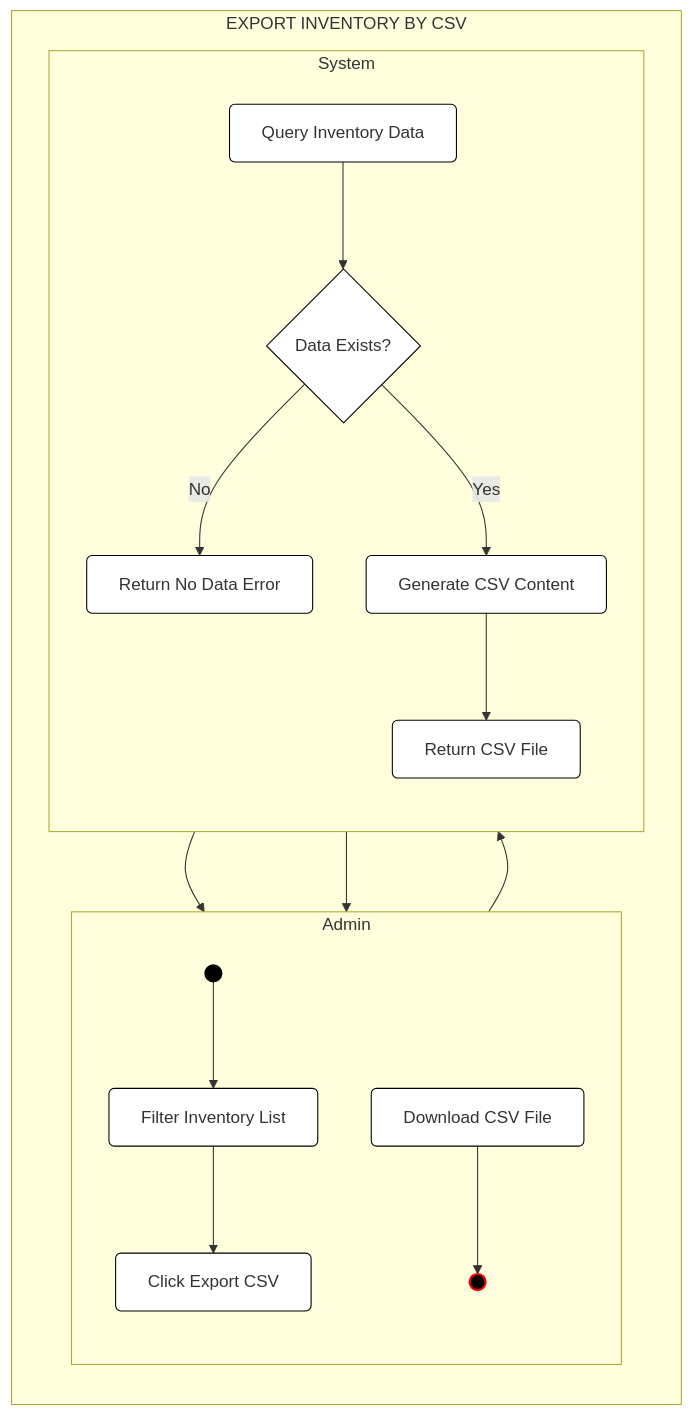
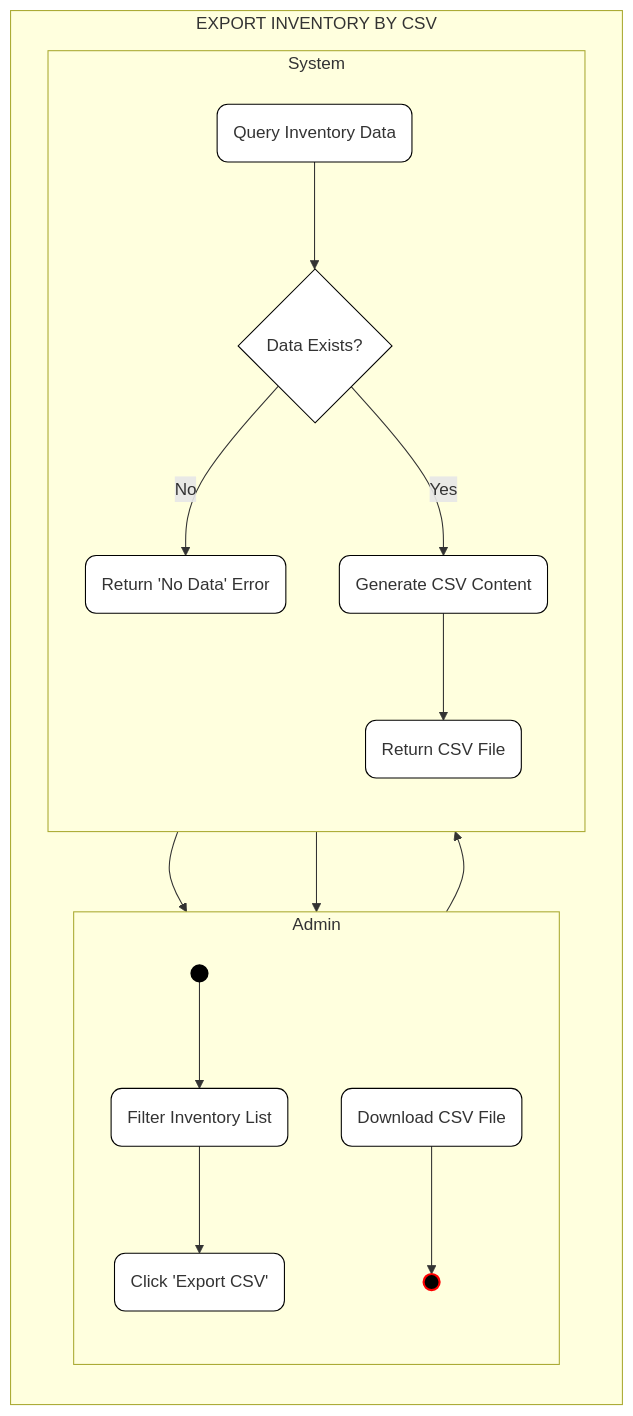
The second of 6 diagrams in UML_Activity_Diagrams.md (phuongloannn/bicycle-web-FE), drawn with Mermaid before and after one commit. The commit also changed other lines of this file, not shown here.

Commit message:
Update Activity Diagrams with rounded action nodes and improved labels matching visual style

````diff
--- a/UML_Activity_Diagrams.md
+++ b/UML_Activity_Diagrams.md
@@ -62,43 +62,43 @@
 ```mermaid
 flowchart TB
     %% Definitions
     classDef startNode fill:#000,stroke:#000,stroke-width:2px,color:#fff;
     classDef endNode fill:#000,stroke:#f00,stroke-width:2px,color:#fff;
-    classDef actionNode fill:#fff,stroke:#000,stroke-width:1px,rx:5,ry:5;
+    classDef actionNode fill:#fff,stroke:#000,stroke-width:1px,rx:10,ry:10;
     classDef decisionNode fill:#fff,stroke:#000,stroke-width:1px,shape:diamond;
 
     subgraph ExportGroup ["EXPORT INVENTORY BY CSV"]
         direction TB
 
         subgraph AdminCol2 ["Admin"]
             direction TB
             Start2(( )):::startNode
-            A2_1[Filter Inventory List]:::actionNode
-            A2_2[Click Export CSV]:::actionNode
-            A2_3[Download CSV File]:::actionNode
+            A2_1(Filter Inventory List):::actionNode
+            A2_2(Click 'Export CSV'):::actionNode
+            A2_3(Download CSV File):::actionNode
             End2(( )):::endNode
 
             Start2 --> A2_1
             A2_1 --> A2_2
         end
 
         subgraph SystemCol2 ["System"]
             direction TB
-            S2_1[Query Inventory Data]:::actionNode
+            S2_1(Query Inventory Data):::actionNode
             D2_1{Data Exists?}:::decisionNode
-            S2_2[Generate CSV Content]:::actionNode
-            S2_3[Return CSV File]:::actionNode
-            S2_4[Return No Data Error]:::actionNode
+            S2_2(Generate CSV Content):::actionNode
+            S2_3(Return CSV File):::actionNode
+            S2_4(Return 'No Data' Error):::actionNode
 
             A2_2 --> S2_1
             S2_1 --> D2_1
             D2_1 -- No --> S2_4
             D2_1 -- Yes --> S2_2
             S2_2 --> S2_3
             S2_3 --> A2_3
             S2_4 --> A2_3
         end
         
         A2_3 --> End2
     end
 ```
````
